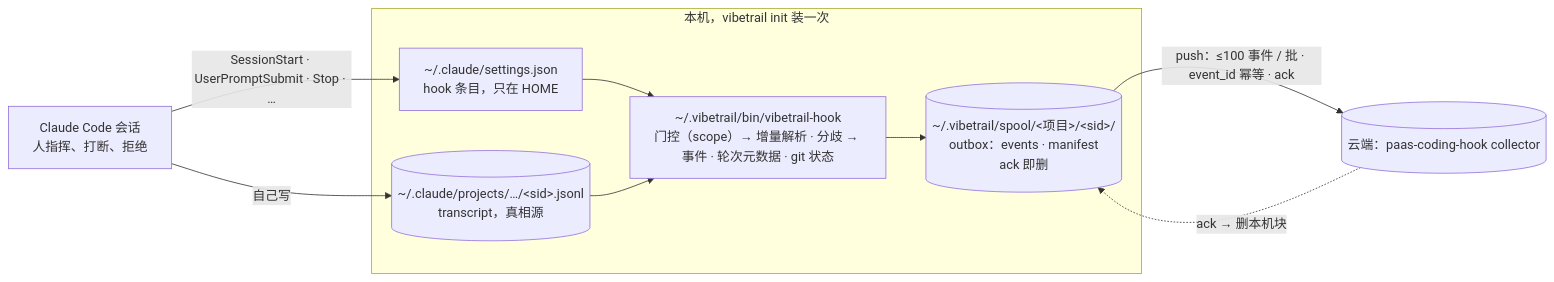
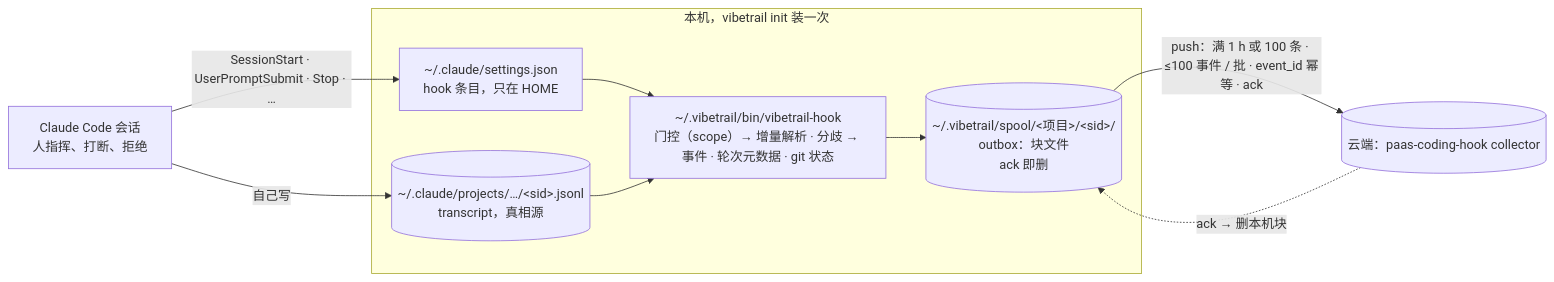
One commit to gupf0719/vibetrail changed the diagram in DESIGN.md. Above: the diagram before and after it, drawn with Mermaid. The commit also changed other lines of this file and 1 other file, not shown here.

First line of the commit message:
docs: D6 —— push 门槛：满 1 小时或全机 100 条才推，SessionEnd / SessionStart 兜底不看门槛只看退避

````diff
--- a/DESIGN.md
+++ b/DESIGN.md
@@ -180,17 +184,17 @@
 ```mermaid
 %%{init: {"flowchart": {"wrappingWidth": 260}}}%%
 flowchart LR
     CC["Claude Code 会话<br/>人指挥、打断、拒绝"]
     subgraph M["本机，vibetrail init 装一次"]
         TR[("~/.claude/projects/…/&lt;sid&gt;.jsonl<br/>transcript，真相源")]
         ST["~/.claude/settings.json<br/>hook 条目，只在 HOME"]
         RT["~/.vibetrail/bin/vibetrail-hook<br/>门控（scope）→ 增量解析 · 分歧 → 事件 · 轮次元数据 · git 状态"]
-        SP[("~/.vibetrail/spool/&lt;项目&gt;/&lt;sid&gt;/<br/>outbox：events · manifest<br/>ack 即删")]
+        SP[("~/.vibetrail/spool/&lt;项目&gt;/&lt;sid&gt;/<br/>outbox：块文件<br/>ack 即删")]
     end
     CL[("云端：paas-coding-hook collector")]
     CC -->|"自己写"| TR
     CC -->|"SessionStart · UserPromptSubmit · Stop · …"| ST --> RT
     TR --> RT --> SP
-    SP -->|"push：≤100 事件 / 批 · event_id 幂等 · ack"| CL
+    SP -->|"push：满 1 h 或 100 条 · ≤100 事件 / 批 · event_id 幂等 · ack"| CL
     CL -.->|"ack → 删本机块"| SP
 ```
````
